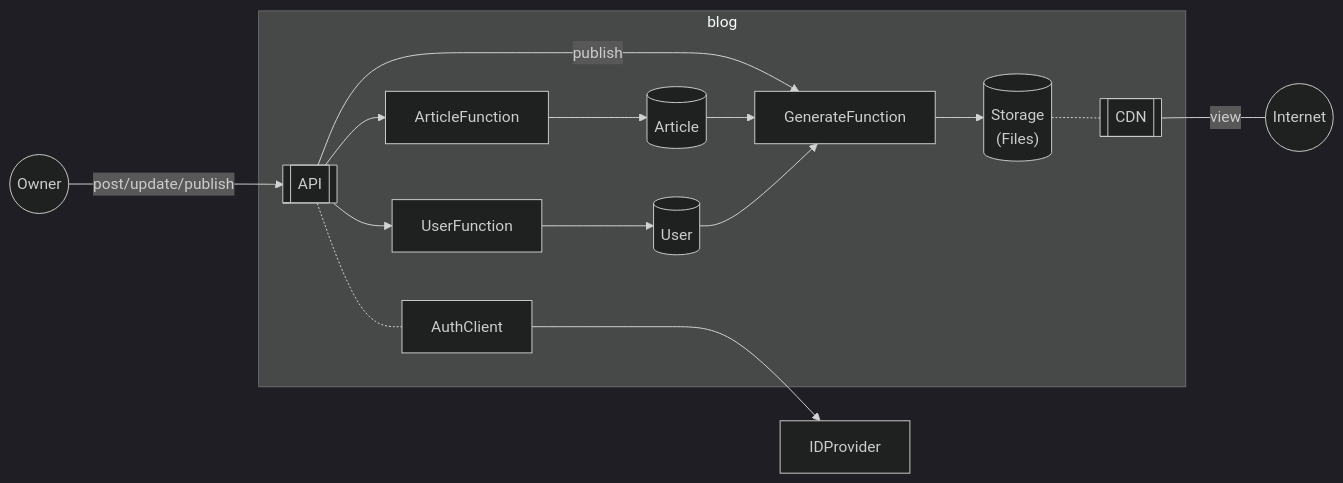
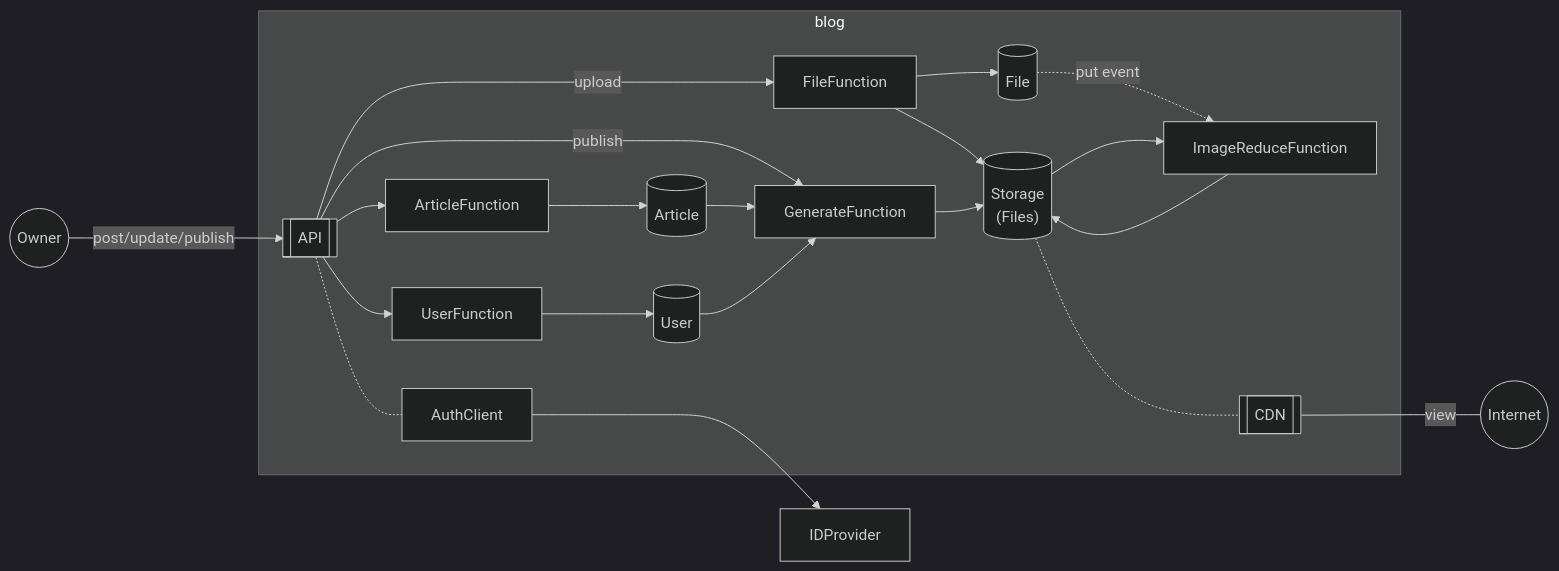
One commit to yunomu/blog changed the diagram in README.md. Above: the diagram before and after it, drawn with Mermaid (dark theme). The commit also changed other lines of this file, not shown here.

````diff
--- a/README.md
+++ b/README.md
@@ -3,31 +5,40 @@
 ```mermaid
 graph LR
   subgraph blog
     Article[(Article)]
     User[(User)]
+    File[(File)]
     Storage[("Storage\n(Files)")]
     API[[API]]
     ArticleFunction
     UserFunction
+    FileFunction
+    ImageReduceFunction
     AuthClient
     GenerateFunction
     CDN[[CDN]]
   end
 
   Owner((Owner))
   Internet((Internet))
 
   Owner -- "post/update/publish" --> API
   ArticleFunction --> Article
   UserFunction --> User
   API --> ArticleFunction
   API --> UserFunction
+  API --upload--> FileFunction
   API -.- AuthClient
   AuthClient ---> IDProvider
   API -- publish --> GenerateFunction
   Article --> GenerateFunction
   User --> GenerateFunction
+  FileFunction --> Storage
   GenerateFunction --> Storage
+  FileFunction --> File
   Storage -.- CDN
+  File -.put event.-> ImageReduceFunction
+  Storage --> ImageReduceFunction
+  ImageReduceFunction --> Storage
   CDN -- view--- Internet
 ```
````
